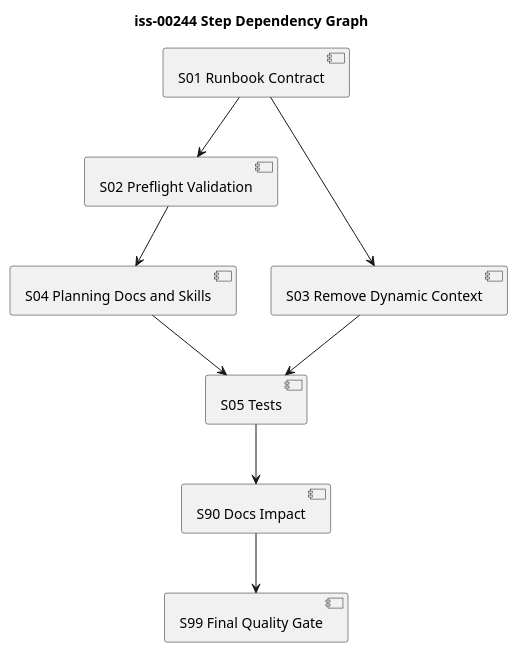
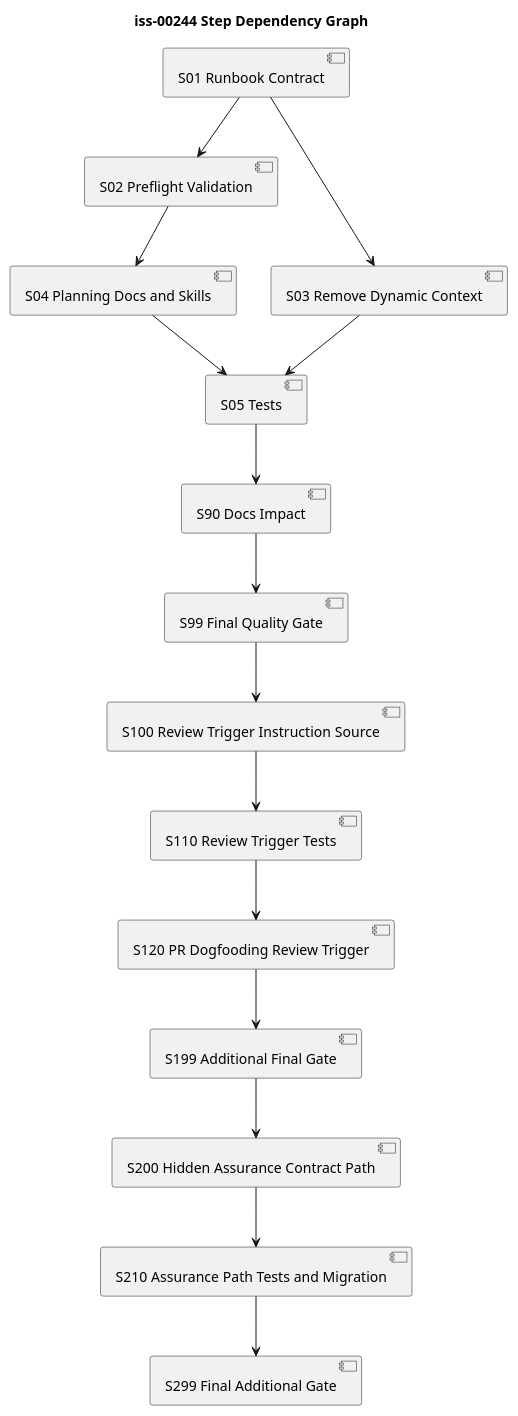
The diagram in spec-dock/initiatives/init-local-00003-architecture-maintenance-and-hardening/epics/epic-00224-dynamic-workflow-resource-allocation/issues/iss-00244-simplify-issue-execution-guidance-into-plan-centric-preflight-validation/plan.md (chemitaro/spec-dock), drawn with PlantUML before and after one commit. The commit also changed other lines of this file and 5 other files, not shown here.

````diff
--- a/spec-dock/initiatives/init-local-00003-architecture-maintenance-and-hardening/epics/epic-00224-dynamic-workflow-resource-allocation/issues/iss-00244-simplify-issue-execution-guidance-into-plan-centric-preflight-validation/plan.md
+++ b/spec-dock/initiatives/init-local-00003-architecture-maintenance-and-hardening/epics/epic-00224-dynamic-workflow-resource-allocation/issues/iss-00244-simplify-issue-execution-guidance-into-plan-centric-preflight-validation/plan.md
@@ -52,17 +63,24 @@
 ```plantuml
 @startuml
 title iss-00244 Step Dependency Graph
 ' Question answered: Which implementation steps must precede others?
 ' Scope: issue implementation order and quality gates.
 ' Excluded details: exact function-level edits.
 ' Update trigger: design file change plan or closure index changes.
 
 [S01 Runbook Contract] --> [S02 Preflight Validation]
 [S01 Runbook Contract] --> [S03 Remove Dynamic Context]
 [S02 Preflight Validation] --> [S04 Planning Docs and Skills]
 [S03 Remove Dynamic Context] --> [S05 Tests]
 [S04 Planning Docs and Skills] --> [S05 Tests]
 [S05 Tests] --> [S90 Docs Impact]
 [S90 Docs Impact] --> [S99 Final Quality Gate]
+[S99 Final Quality Gate] --> [S100 Review Trigger Instruction Source]
+[S100 Review Trigger Instruction Source] --> [S110 Review Trigger Tests]
+[S110 Review Trigger Tests] --> [S120 PR Dogfooding Review Trigger]
+[S120 PR Dogfooding Review Trigger] --> [S199 Additional Final Gate]
+[S199 Additional Final Gate] --> [S200 Hidden Assurance Contract Path]
+[S200 Hidden Assurance Contract Path] --> [S210 Assurance Path Tests and Migration]
+[S210 Assurance Path Tests and Migration] --> [S299 Final Additional Gate]
 @enduml
 ```
````
